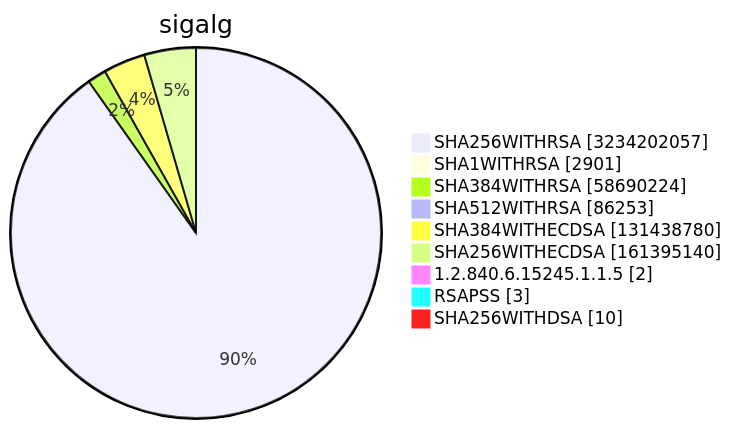
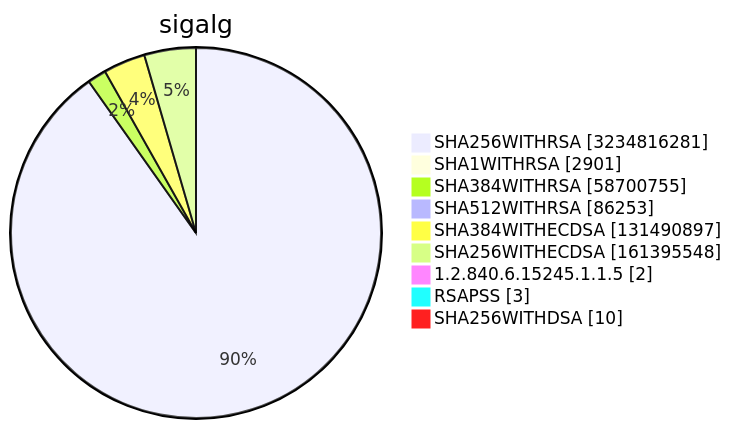
Diagram 15 of 15 in TOTAL/README.md (christiankrug/ctmonitor_visualization), drawn with Mermaid before and after one commit. The commit also changed other lines of this file, not shown here.

````diff
--- a/TOTAL/README.md
+++ b/TOTAL/README.md
@@ -6217,13 +6217,13 @@
 ```mermaid
 pie showData
 title sigalg
-"SHA256WITHRSA" :3234202057
+"SHA256WITHRSA" :3234816281
 "SHA1WITHRSA" :2901
-"SHA384WITHRSA" :58690224
+"SHA384WITHRSA" :58700755
 "SHA512WITHRSA" :86253
-"SHA384WITHECDSA" :131438780
-"SHA256WITHECDSA" :161395140
+"SHA384WITHECDSA" :131490897
+"SHA256WITHECDSA" :161395548
 "1.2.840.6.15245.1.1.5" :2
 "RSAPSS" :3
 "SHA256WITHDSA" :10
 ```
````
